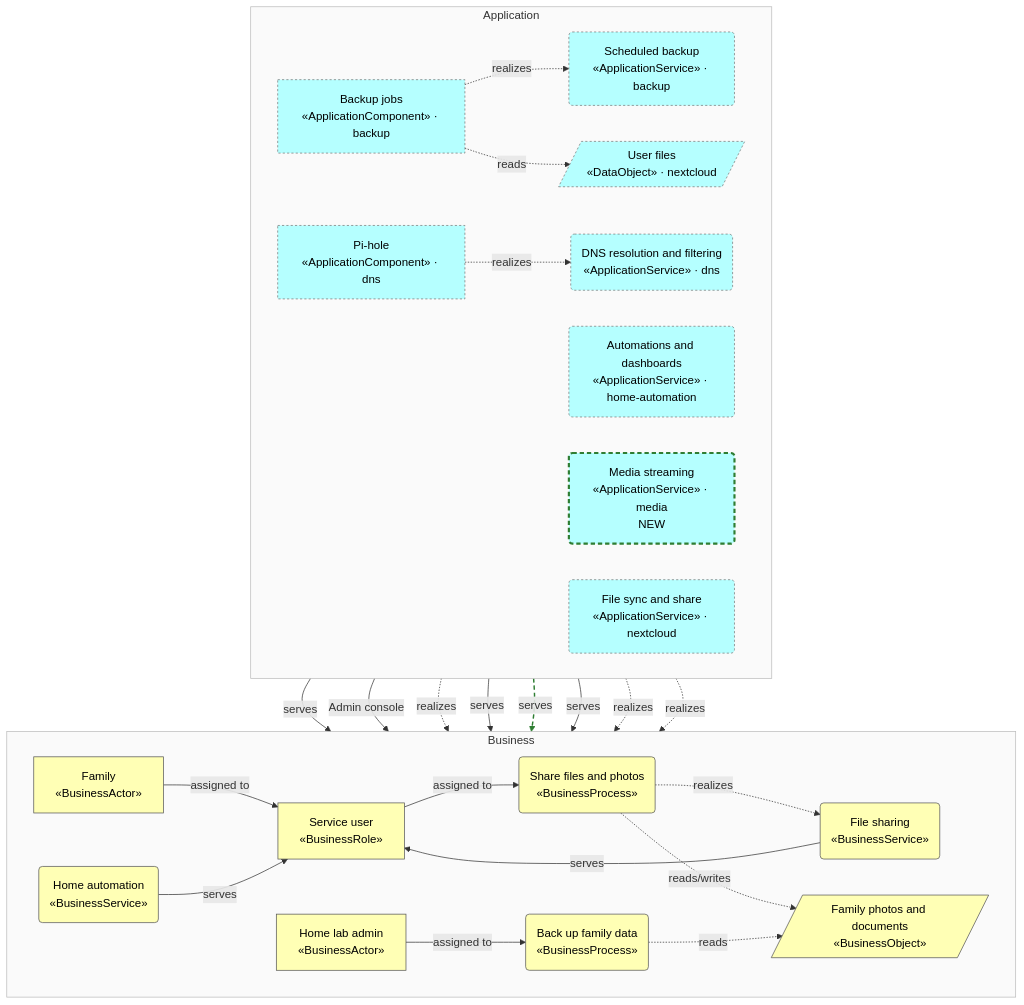
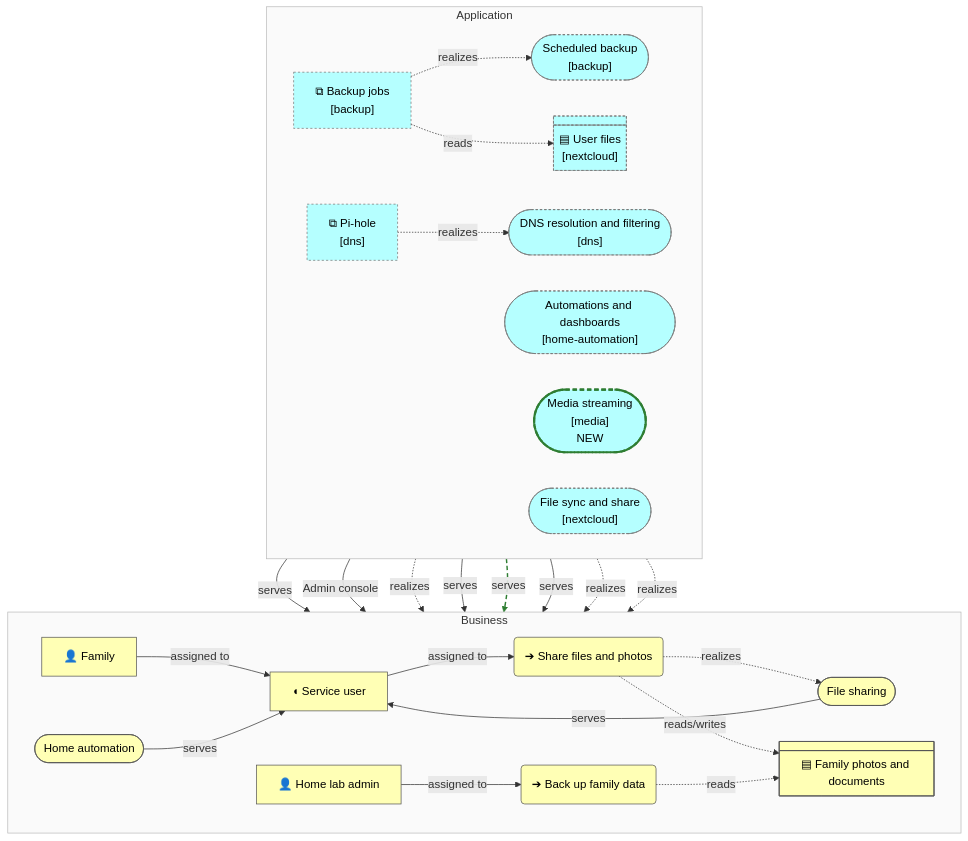
Before and after one commit to b-zig/a4m: the first of 3 diagrams in docs/enterprise/view-business.md, drawn with Mermaid. The commit also changed other lines of this file and 15 other files, not shown here.

First line of the commit message:
Approximate ArchiMate notation in Mermaid flowcharts

````diff
--- a/docs/enterprise/view-business.md
+++ b/docs/enterprise/view-business.md
@@ -8,55 +8,55 @@
 ```mermaid
 flowchart TB
   subgraph layer_business["Business"]
     direction LR
-    bus_family["Family<br/>«BusinessActor»"]
-    bus_admin["Home lab admin<br/>«BusinessActor»"]
-    bus_role_user["Service user<br/>«BusinessRole»"]
-    bus_proc_share("Share files and photos<br/>«BusinessProcess»")
-    bus_proc_backup("Back up family data<br/>«BusinessProcess»")
-    bus_svc_file_sharing("File sharing<br/>«BusinessService»")
-    bus_svc_automation("Home automation<br/>«BusinessService»")
-    bus_obj_photos[/"Family photos and documents<br/>«BusinessObject»"/]
+    bus_family@{ shape: rect, label: "👤 Family" }
+    bus_admin@{ shape: rect, label: "👤 Home lab admin" }
+    bus_role_user@{ shape: rect, label: "◖ Service user" }
+    bus_proc_share@{ shape: rounded, label: "➔ Share files and photos" }
+    bus_proc_backup@{ shape: rounded, label: "➔ Back up family data" }
+    bus_svc_file_sharing@{ shape: stadium, label: "File sharing" }
+    bus_svc_automation@{ shape: stadium, label: "Home automation" }
+    bus_obj_photos@{ shape: div-rect, label: "▤ Family photos and documents" }
   end
   subgraph layer_application["Application"]
     direction LR
-    backup__app_backup["Backup jobs<br/>«ApplicationComponent» · backup"]
-    backup__app_svc_backup("Scheduled backup<br/>«ApplicationService» · backup")
-    dns__app_pihole["Pi-hole<br/>«ApplicationComponent» · dns"]
-    dns__app_svc_dns("DNS resolution and filtering<br/>«ApplicationService» · dns")
-    home_automation__app_svc_automation("Automations and dashboards<br/>«ApplicationService» · home-automation")
-    media__app_svc_streaming("Media streaming<br/>«ApplicationService» · media<br/>NEW")
-    nextcloud__app_data_files[/"User files<br/>«DataObject» · nextcloud"/]
-    nextcloud__app_svc_file_sync("File sync and share<br/>«ApplicationService» · nextcloud")
+    backup__app_backup@{ shape: rect, label: "⧉ Backup jobs<br/>[backup]" }
+    backup__app_svc_backup@{ shape: stadium, label: "Scheduled backup<br/>[backup]" }
+    dns__app_pihole@{ shape: rect, label: "⧉ Pi-hole<br/>[dns]" }
+    dns__app_svc_dns@{ shape: stadium, label: "DNS resolution and filtering<br/>[dns]" }
+    home_automation__app_svc_automation@{ shape: stadium, label: "Automations and dashboards<br/>[home-automation]" }
+    media__app_svc_streaming@{ shape: stadium, label: "Media streaming<br/>[media]<br/>NEW" }
+    nextcloud__app_data_files@{ shape: div-rect, label: "▤ User files<br/>[nextcloud]" }
+    nextcloud__app_svc_file_sync@{ shape: stadium, label: "File sync and share<br/>[nextcloud]" }
   end
   bus_family -->|"assigned to"| bus_role_user
   bus_role_user -->|"assigned to"| bus_proc_share
   bus_admin -->|"assigned to"| bus_proc_backup
   bus_proc_share -.->|"realizes"| bus_svc_file_sharing
   bus_svc_file_sharing -->|"serves"| bus_role_user
   bus_svc_automation -->|"serves"| bus_role_user
   bus_proc_share -.->|"reads/writes"| bus_obj_photos
   bus_proc_backup -.->|"reads"| bus_obj_photos
   backup__app_backup -.->|"realizes"| backup__app_svc_backup
   backup__app_svc_backup -->|"serves"| bus_proc_backup
   backup__app_backup -.->|"reads"| nextcloud__app_data_files
   dns__app_pihole -.->|"realizes"| dns__app_svc_dns
   dns__app_svc_dns -->|"Admin console"| bus_admin
   home_automation__app_svc_automation -.->|"realizes"| bus_svc_automation
   home_automation__app_svc_automation -->|"serves"| bus_role_user
   media__app_svc_streaming -->|"serves"| bus_role_user
   nextcloud__app_svc_file_sync -->|"serves"| bus_proc_share
   nextcloud__app_svc_file_sync -.->|"realizes"| bus_svc_file_sharing
   nextcloud__app_data_files -.->|"realizes"| bus_obj_photos
   classDef business fill:#FFFFB5,stroke:#555,color:#000
   class bus_family,bus_admin,bus_role_user,bus_proc_share,bus_proc_backup,bus_svc_file_sharing,bus_svc_automation,bus_obj_photos business
   style layer_business fill:#fafafa,stroke:#bbb
   classDef application fill:#B5FFFF,stroke:#555,color:#000
   class backup__app_backup,backup__app_svc_backup,dns__app_pihole,dns__app_svc_dns,home_automation__app_svc_automation,media__app_svc_streaming,nextcloud__app_data_files,nextcloud__app_svc_file_sync application
   style layer_application fill:#fafafa,stroke:#bbb
   classDef foreign stroke:#777,stroke-dasharray:3 3
   class backup__app_backup,backup__app_svc_backup,dns__app_pihole,dns__app_svc_dns,home_automation__app_svc_automation,media__app_svc_streaming,nextcloud__app_data_files,nextcloud__app_svc_file_sync foreign
   classDef st_new stroke:#2e7d32,stroke-width:3px,stroke-dasharray:6 4
   class media__app_svc_streaming st_new
   linkStyle 15 stroke:#2e7d32,stroke-width:2px,stroke-dasharray:6 4
 ```
````
